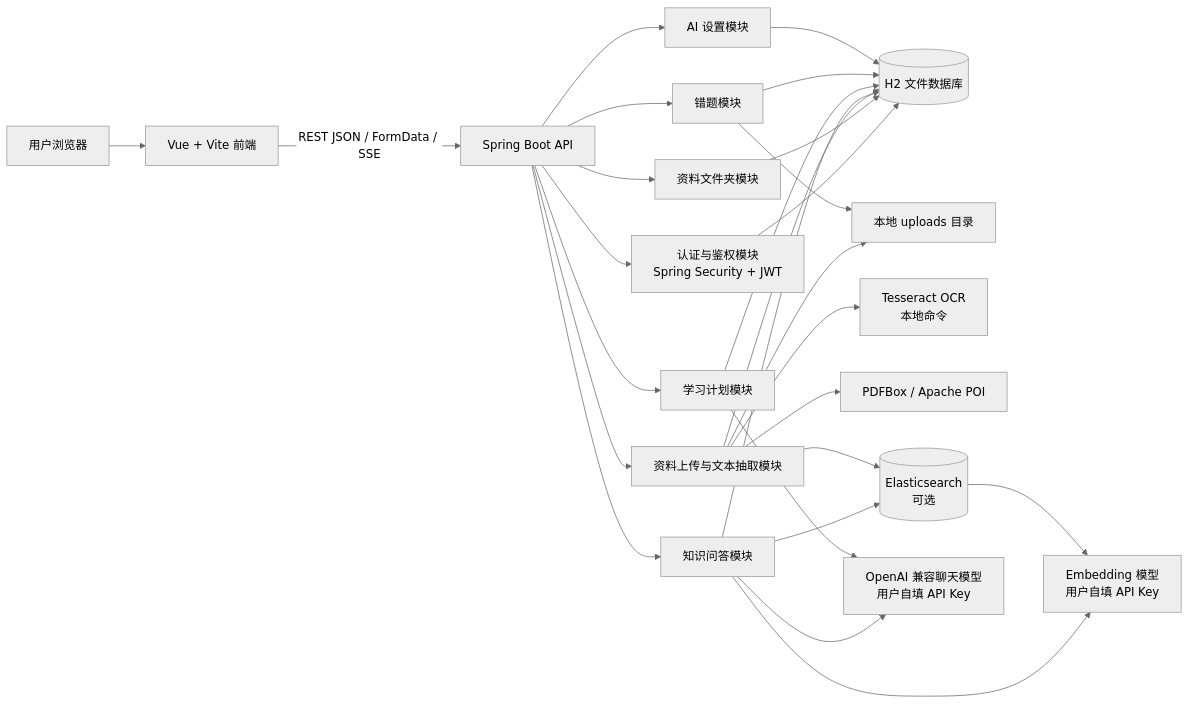
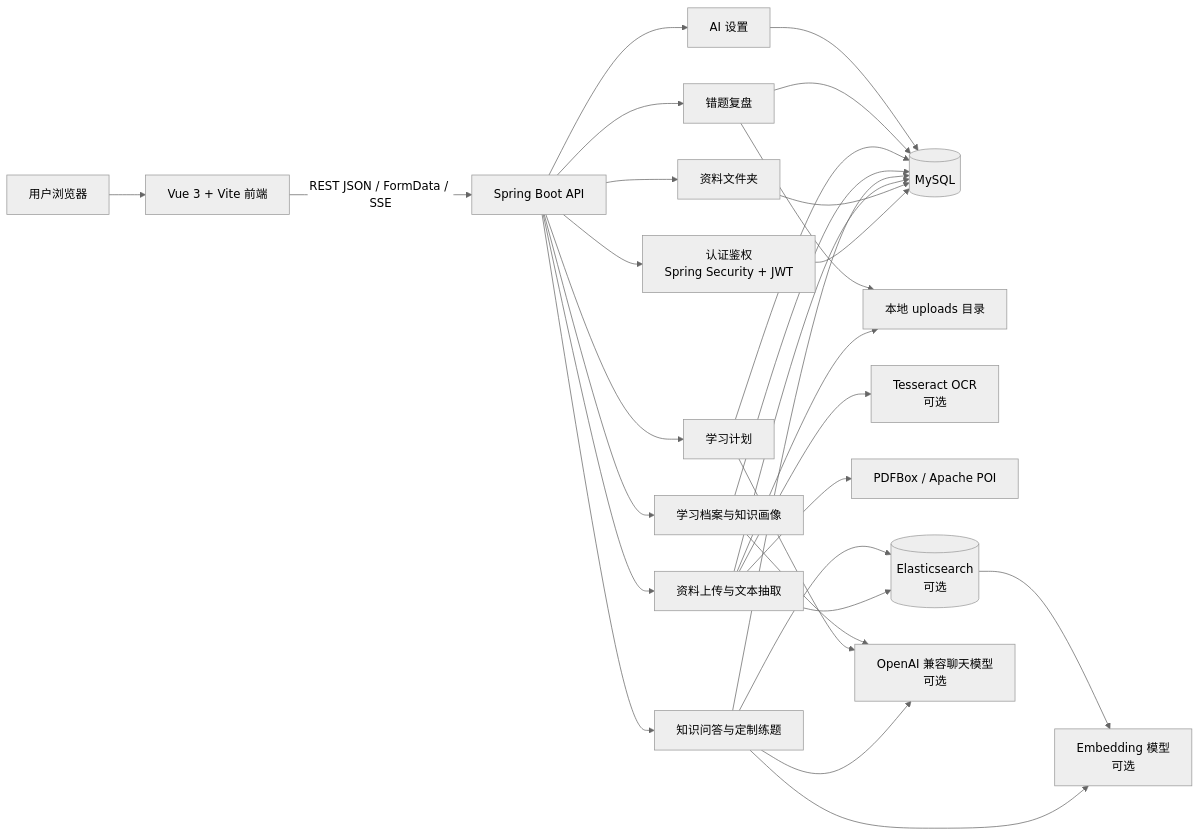
One commit to LinHonk1128/ips_java changed the first of 9 diagrams in docs/02-system-architecture.md. Above: the diagram before and after it, drawn with Mermaid (neutral theme). The commit also changed other lines of this file and 48 other files, not shown here.

````diff
--- a/docs/02-system-architecture.md
+++ b/docs/02-system-architecture.md
@@ -92,33 +11,35 @@
 ```mermaid
 flowchart LR
-    U["用户浏览器"] --> FE["Vue + Vite 前端"]
+    User["用户浏览器"] --> FE["Vue 3 + Vite 前端"]
     FE -->|"REST JSON / FormData / SSE"| API["Spring Boot API"]
 
-    API --> AUTH["认证与鉴权模块<br/>Spring Security + JWT"]
-    API --> FOLDER["资料文件夹模块"]
-    API --> FILE["资料上传与文本抽取模块"]
-    API --> CHAT["知识问答模块"]
-    API --> PLAN["学习计划模块"]
-    API --> MISTAKE["错题模块"]
-    API --> SETTING["AI 设置模块"]
+    API --> Auth["认证鉴权<br/>Spring Security + JWT"]
+    API --> Folder["资料文件夹"]
+    API --> File["资料上传与文本抽取"]
+    API --> Chat["知识问答与定制练题"]
+    API --> Profile["学习档案与知识画像"]
+    API --> Plan["学习计划"]
+    API --> Mistake["错题复盘"]
+    API --> AiSetting["AI 设置"]
 
-    AUTH --> DB[("H2 文件数据库")]
-    FOLDER --> DB
-    FILE --> DB
-    CHAT --> DB
-    PLAN --> DB
-    MISTAKE --> DB
-    SETTING --> DB
+    Auth --> DB[("MySQL")]
+    Folder --> DB
+    File --> DB
+    Chat --> DB
+    Profile --> DB
+    Plan --> DB
+    Mistake --> DB
+    AiSetting --> DB
 
-    FILE --> UPLOAD["本地 uploads 目录"]
-    MISTAKE --> UPLOAD
-    FILE --> OCR["Tesseract OCR<br/>本地命令"]
-    FILE --> PARSER["PDFBox / Apache POI"]
-
-    CHAT --> ES[("Elasticsearch<br/>可选")]
-    FILE --> ES
-    CHAT --> LLM["OpenAI 兼容聊天模型<br/>用户自填 API Key"]
-    PLAN --> LLM
-    CHAT --> EMB["Embedding 模型<br/>用户自填 API Key"]
-    ES --> EMB
+    File --> Uploads["本地 uploads 目录"]
+    Mistake --> Uploads
+    File --> OCR["Tesseract OCR<br/>可选"]
+    File --> Parser["PDFBox / Apache POI"]
+    File --> ES[("Elasticsearch<br/>可选")]
+    Chat --> ES
+    Chat --> LLM["OpenAI 兼容聊天模型<br/>可选"]
+    Plan --> LLM
+    Profile --> LLM
+    Chat --> Emb["Embedding 模型<br/>可选"]
+    ES --> Emb
 ```
````
